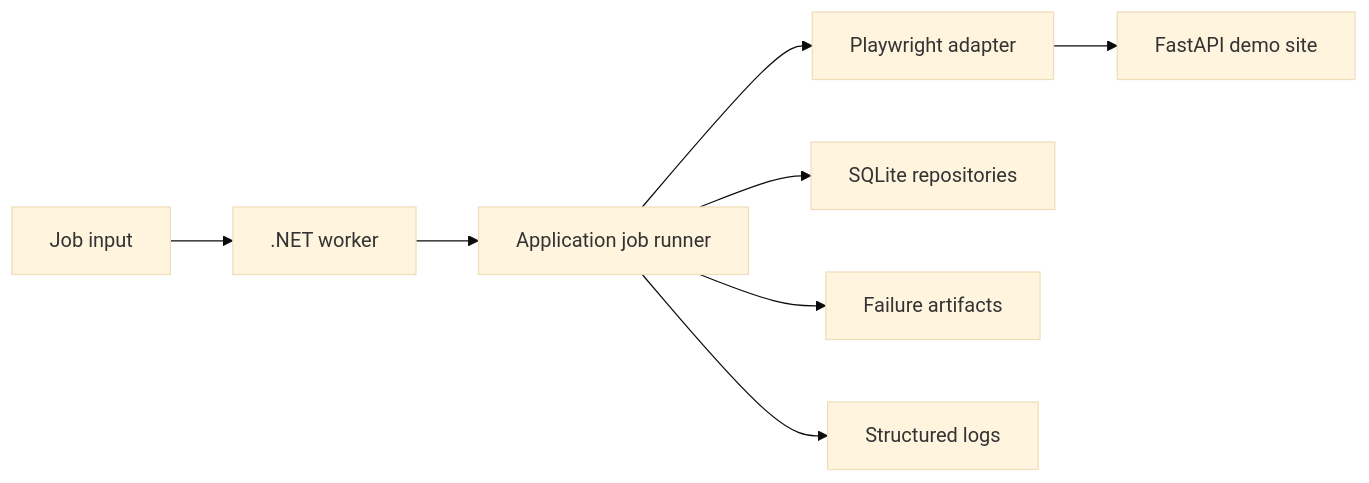
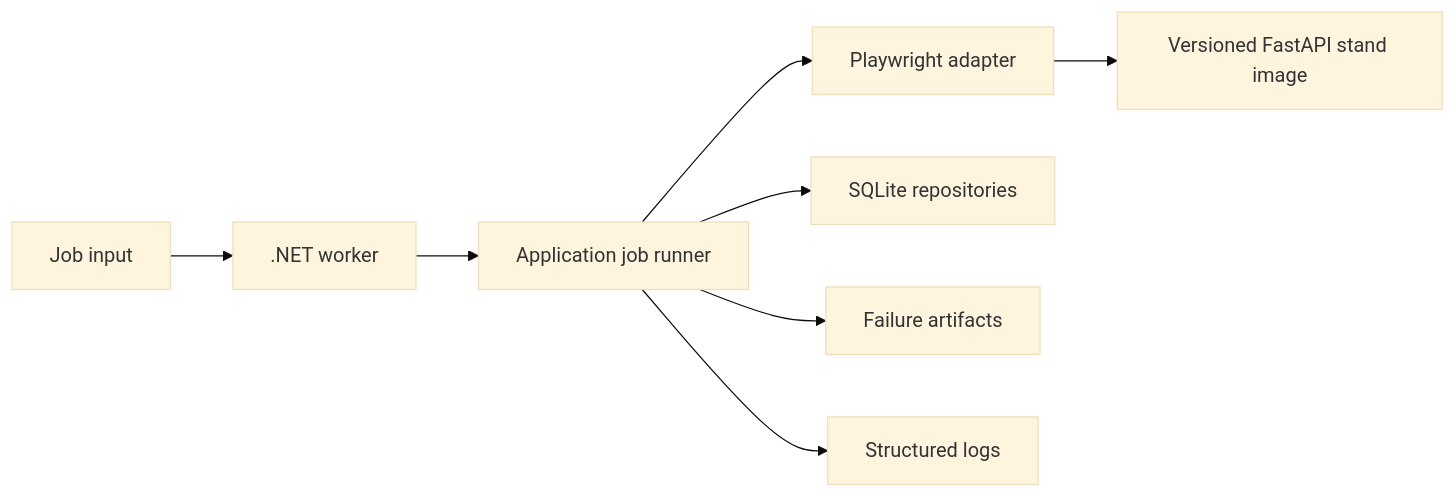
Before and after one commit to bockuden/resilient-browser-automation: the diagram in README.md, drawn with Mermaid (base theme). The commit also changed other lines of this file and 18 other files, not shown here.

Commit message:
refactor: extract FastAPI test stand

````diff
--- a/README.md
+++ b/README.md
@@ -42,10 +42,10 @@
 ```mermaid
 flowchart LR
     Q["Job input"] --> W[".NET worker"]
     W --> A["Application job runner"]
     A --> P["Playwright adapter"]
     A --> S["SQLite repositories"]
-    P --> D["FastAPI demo site"]
+    P --> D["Versioned FastAPI stand image"]
     A --> F["Failure artifacts"]
     A --> L["Structured logs"]
 ```
````
